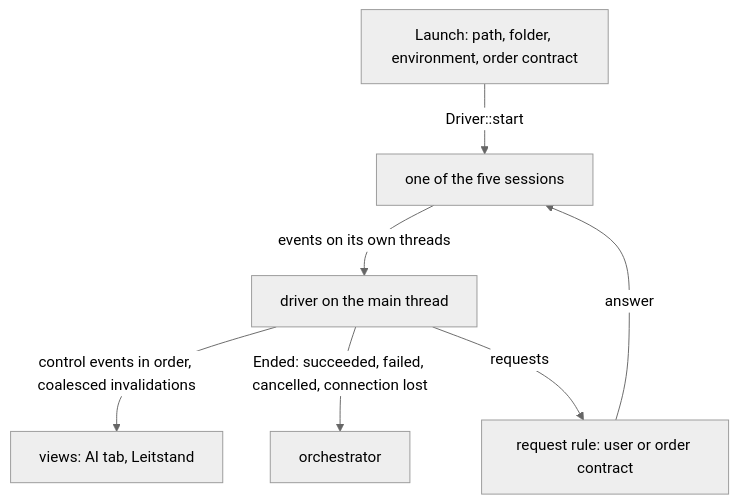
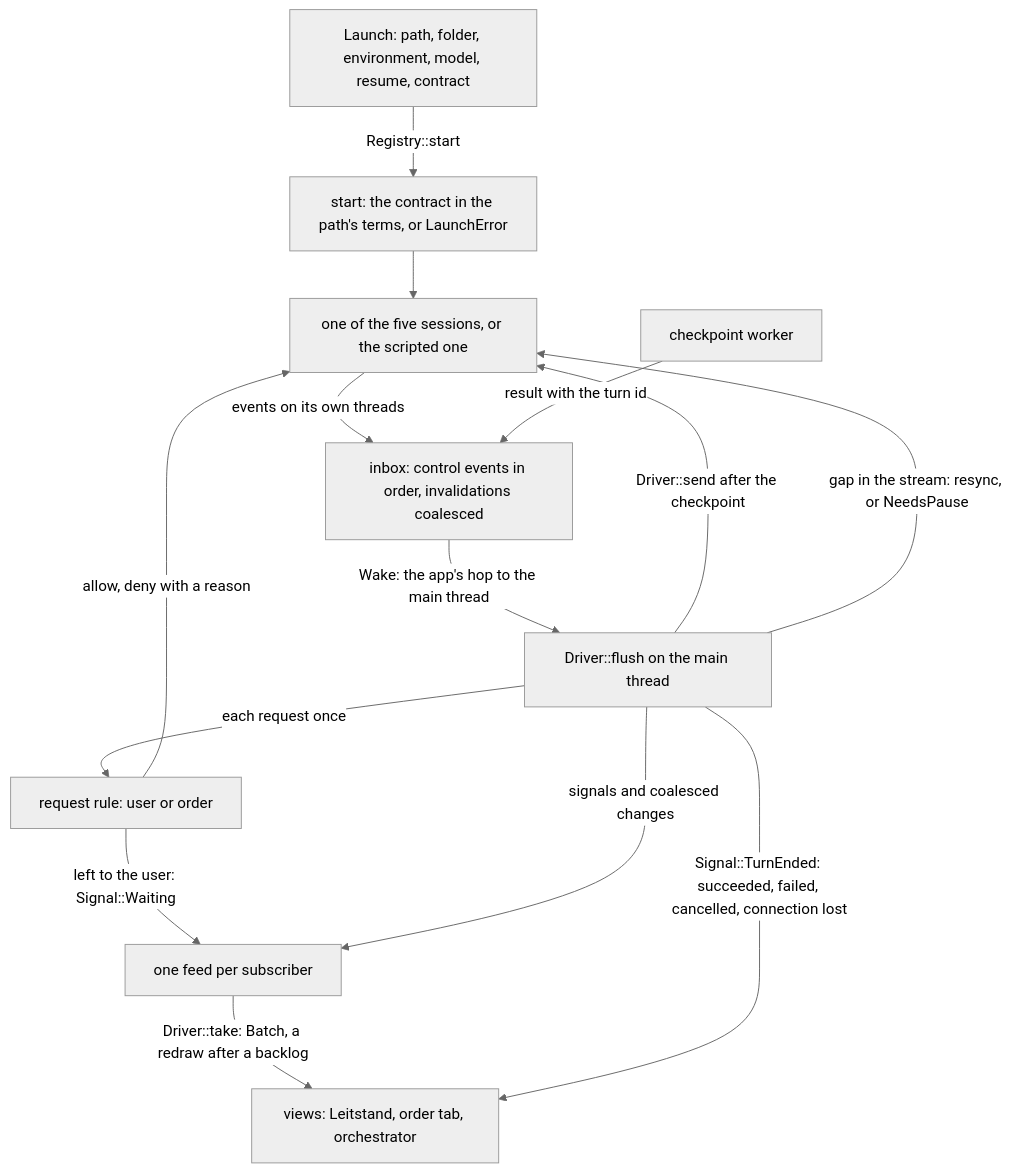
One commit to sventmueller/dango changed the diagram in crates/ide-session/README.md. Above: the diagram before and after it, drawn with Mermaid (neutral theme). The commit also changed other lines of this file and 38 other files, not shown here.

````diff
--- a/crates/ide-session/README.md
+++ b/crates/ide-session/README.md
@@ -7,9 +9,16 @@
 ```mermaid
 flowchart TB
-    launch["Launch: path, folder, environment, order contract"] -->|"Driver::start"| session["one of the five sessions"]
-    session -->|"events on its own threads"| driver["driver on the main thread"]
-    driver -->|"control events in order, coalesced invalidations"| views["views: AI tab, Leitstand"]
-    driver -->|"Ended: succeeded, failed, cancelled, connection lost"| orchestrator["orchestrator"]
-    driver -->|"requests"| rule["request rule: user or order contract"]
-    rule -->|"answer"| session
+    launch["Launch: path, folder, environment, model, resume, contract"] -->|"Registry::start"| start["start: the contract in the path's terms, or LaunchError"]
+    start --> session["one of the five sessions, or the scripted one"]
+    session -->|"events on its own threads"| inbox["inbox: control events in order, invalidations coalesced"]
+    checkpoint["checkpoint worker"] -->|"result with the turn id"| inbox
+    inbox -->|"Wake: the app's hop to the main thread"| driver["Driver::flush on the main thread"]
+    driver -->|"Driver::send after the checkpoint"| session
+    driver -->|"each request once"| rule["request rule: user or order"]
+    rule -->|"allow, deny with a reason"| session
+    rule -->|"left to the user: Signal::Waiting"| feeds
+    driver -->|"gap in the stream: resync, or NeedsPause"| session
+    driver -->|"signals and coalesced changes"| feeds["one feed per subscriber"]
+    feeds -->|"Driver::take: Batch, a redraw after a backlog"| views["views: Leitstand, order tab, orchestrator"]
+    driver -->|"Signal::TurnEnded: succeeded, failed, cancelled, connection lost"| views
 ```
````
